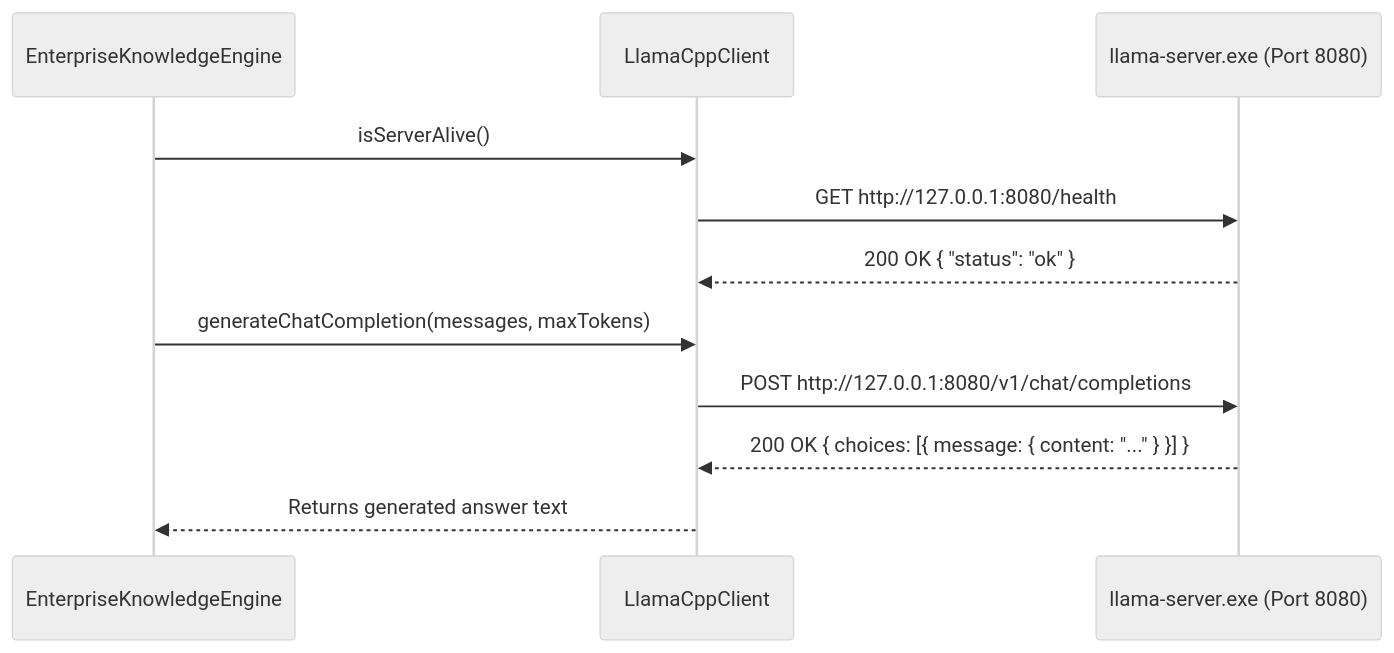
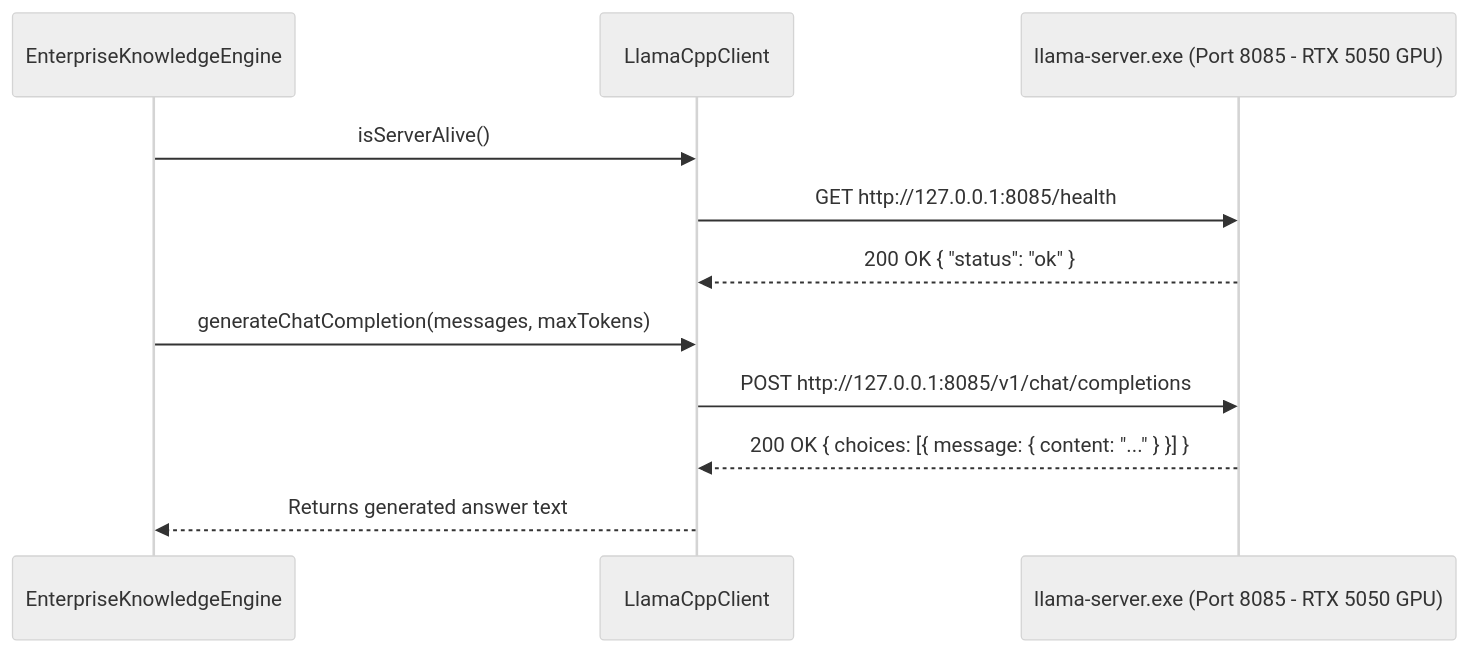
The first of 2 diagrams in docs/DEPLOYMENT.md (ParthVarekar/enterprise_knowledge_assistance), drawn with Mermaid (neutral theme) before and after one commit. The commit also changed other lines of this file and 3 other files, not shown here.

````diff
--- a/docs/DEPLOYMENT.md
+++ b/docs/DEPLOYMENT.md
@@ -64,15 +99,15 @@
 ```mermaid
 sequenceDiagram
     participant Engine as EnterpriseKnowledgeEngine
     participant Client as LlamaCppClient
-    participant Llama as llama-server.exe (Port 8080)
+    participant Llama as llama-server.exe (Port 8085 - RTX 5050 GPU)
 
     Engine->>Client: isServerAlive()
-    Client->>Llama: GET http://127.0.0.1:8080/health
+    Client->>Llama: GET http://127.0.0.1:8085/health
     Llama-->>Client: 200 OK { "status": "ok" }
     
     Engine->>Client: generateChatCompletion(messages, maxTokens)
-    Client->>Llama: POST http://127.0.0.1:8080/v1/chat/completions
+    Client->>Llama: POST http://127.0.0.1:8085/v1/chat/completions
     Llama-->>Client: 200 OK { choices: [{ message: { content: "..." } }] }
     Client-->>Engine: Returns generated answer text
 ```
````
